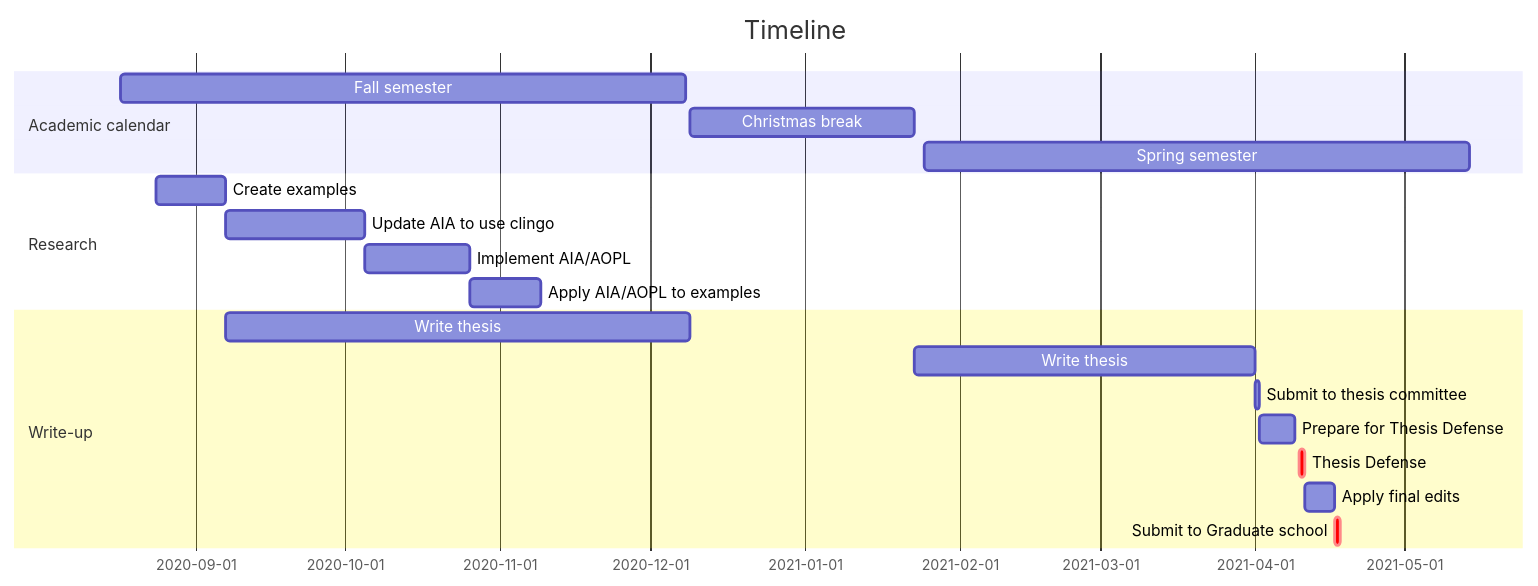
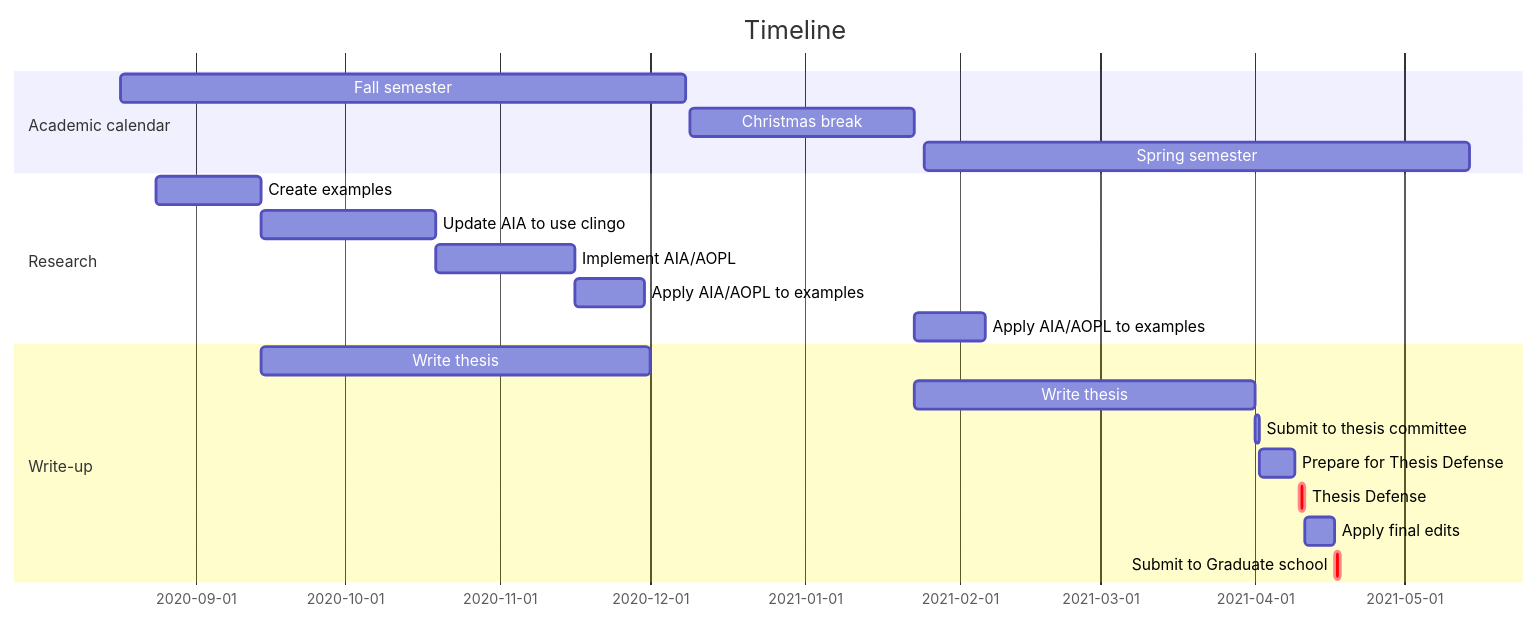
One commit to Entze/APIA changed the diagram in Figures/Timeline.mmd. Above: the diagram before and after it, drawn with Mermaid.

Commit message:
Update timeline

```diff
--- a/Figures/Timeline.mmd
+++ b/Figures/Timeline.mmd
@@ -1,24 +1,25 @@
 gantt
 	title Timeline
 	dateFormat  YYYY-MM-DD
 
 	section Academic calendar
 		Fall semester				: fall_semester, 2020-08-17, 2020-12-08
 		Christmas break				: christmas_break, 2020-12-09, 2021-01-23
 		%% J-term						: j_term, 2021-01-02, 2021-01-23
 		Spring semester				: spring_semester, 2021-01-25, 2021-05-14
 
 	section Research
-		Create examples				: create_examples, 2020-08-24, 2w
-		Update AIA to use clingo	: update_aia, after create_examples, 4w
-		Implement AIA/AOPL			: implement_aia_aopl, after update_aia, 3w
+		Create examples				: create_examples, 2020-08-24, 3w
+		Update AIA to use clingo	: update_aia, after create_examples, 5w
+		Implement AIA/AOPL			: implement_aia_aopl, after update_aia, 4w
 		Apply AIA/AOPL to examples	: apply_aia_aopl, after implement_aia_aopl, 2w
+		Apply AIA/AOPL to examples	: apply_aia_aopl, after christmas_break, 2w
 
 	section Write-up
-		Write thesis				: thesis, after create_examples, 2020-12-09
+		Write thesis				: thesis, after create_examples, 2020-12-01
 		Write thesis				: thesis, after christmas_break, 2021-04-01
 		Submit to thesis committee	: committee_submission, 2021-04-01, 1d
 		Prepare for Thesis Defense	: after committee_submission, 7d
 		Thesis Defense				: crit, defense, 2021-04-10, 1d
 		Apply final edits			: after defense, 2021-04-17
 		Submit to Graduate school	: crit, final_submission, 2021-04-17, 1d
```
